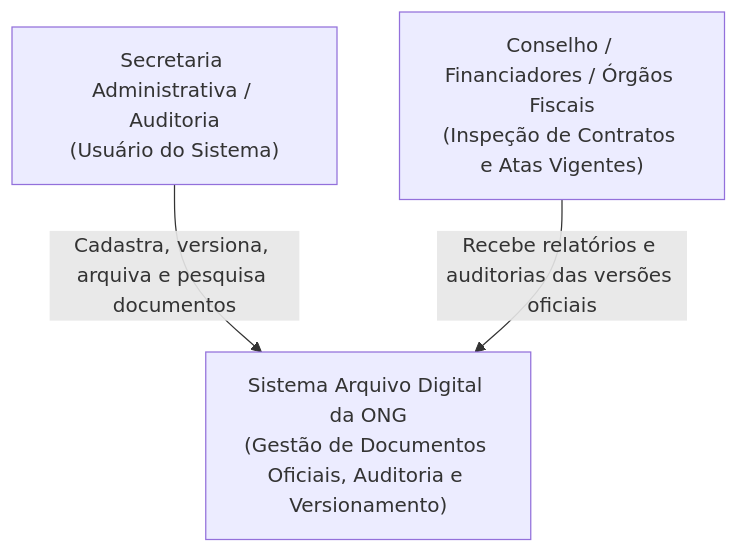
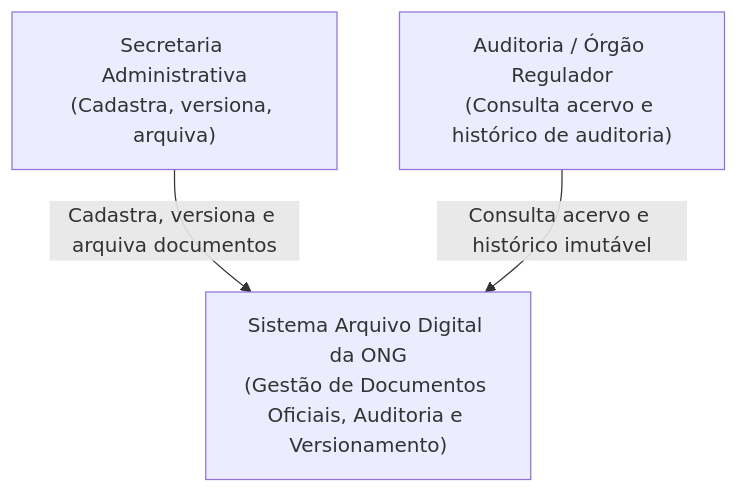
One commit to gixweb/ONG-Arquivo-Digital changed the first of 7 diagrams in docs/arquitetura.md. Above: the diagram before and after it, drawn with Mermaid. The commit also changed other lines of this file and 10 other files, not shown here.

````diff
--- a/docs/arquitetura.md
+++ b/docs/arquitetura.md
@@ -23,9 +24,9 @@
 ```mermaid
 flowchart TD
-    User["Secretaria Administrativa / Auditoria\n(Usuário do Sistema)"]
+    UserSec["Secretaria Administrativa\n(Cadastra, versiona, arquiva)"]
+    UserAud["Auditoria / Órgão Regulador\n(Consulta acervo e histórico de auditoria)"]
     System["Sistema Arquivo Digital da ONG\n(Gestão de Documentos Oficiais, Auditoria e Versionamento)"]
-    External["Conselho / Financiadores / Órgãos Fiscais\n(Inspeção de Contratos e Atas Vigentes)"]
 
-    User -->|Cadastra, versiona, arquiva e pesquisa documentos| System
-    External -->|Recebe relatórios e auditorias das versões oficiais| System
+    UserSec -->|Cadastra, versiona e arquiva documentos| System
+    UserAud -->|Consulta acervo e histórico imutável| System
 ```
````
